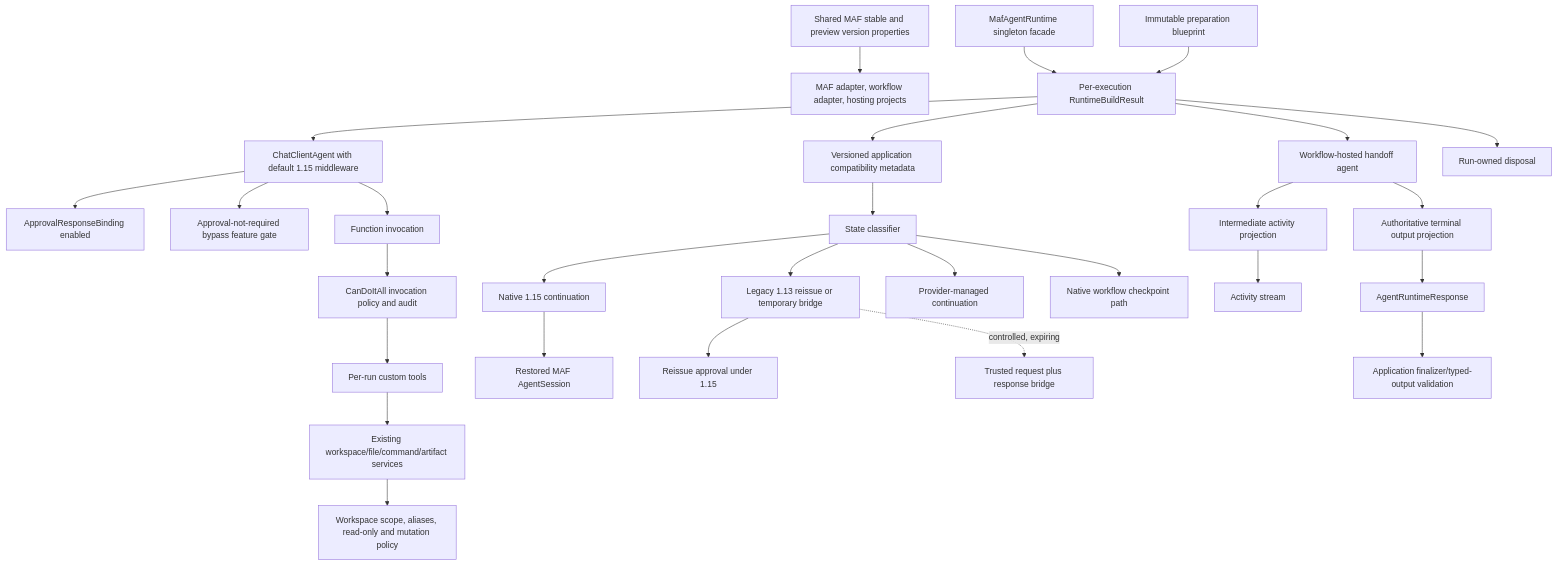
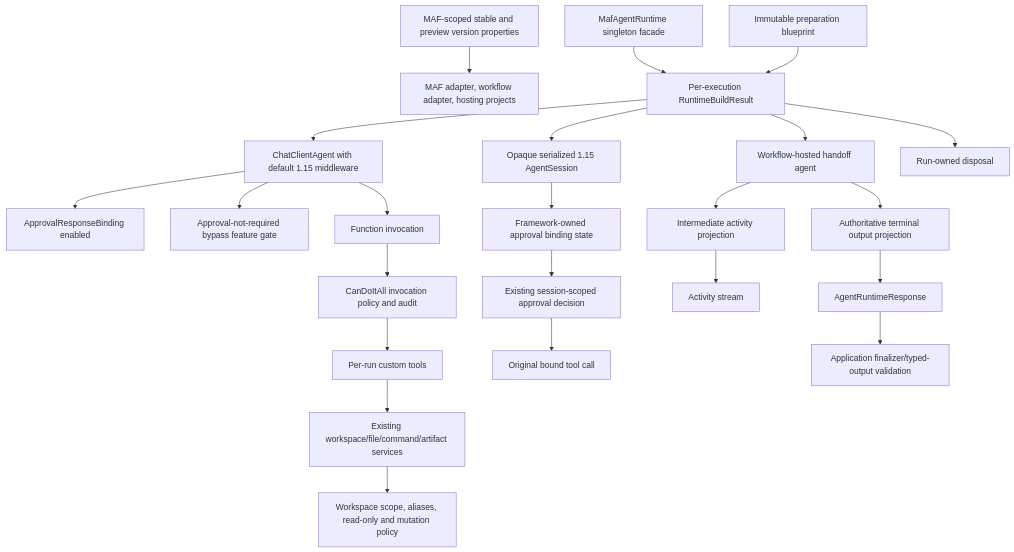
The diagram in codex/bundles/maf-1-15-upgrade-architecture/architecture/02-target-migration-architecture.md (fyziktom/CanDoItAll), drawn with Mermaid before and after one commit. The commit also changed other lines of this file and 145 other files, not shown here.

Commit message:
feat(maf): upgrade Microsoft Agent Framework to 1.15

````diff
--- a/codex/bundles/maf-1-15-upgrade-architecture/architecture/02-target-migration-architecture.md
+++ b/codex/bundles/maf-1-15-upgrade-architecture/architecture/02-target-migration-architecture.md
@@ -3,41 +3,35 @@
 ```mermaid
 flowchart TB
-    VersionProps[Shared MAF stable and preview version properties]
+    VersionProps[MAF-scoped stable and preview version properties]
     Projects[MAF adapter, workflow adapter, hosting projects]
     VersionProps --> Projects
 
     Facade[MafAgentRuntime singleton facade]
     Blueprint[Immutable preparation blueprint]
     Facade --> Build[Per-execution RuntimeBuildResult]
     Blueprint --> Build
 
     Build --> ChatAgent[ChatClientAgent with default 1.15 middleware]
     ChatAgent --> Binding[ApprovalResponseBinding enabled]
     ChatAgent --> Bypass[Approval-not-required bypass feature gate]
     ChatAgent --> FICC[Function invocation]
     FICC --> AppPolicy[CanDoItAll invocation policy and audit]
     AppPolicy --> Tools[Per-run custom tools]
 
-    Build --> SessionCompatibility[Versioned application compatibility metadata]
-    SessionCompatibility --> Classifier[State classifier]
-    Classifier --> Native115[Native 1.15 continuation]
-    Classifier --> Legacy113[Legacy 1.13 reissue or temporary bridge]
-    Classifier --> ProviderManaged[Provider-managed continuation]
-    Classifier --> WorkflowCheckpoint[Native workflow checkpoint path]
-
-    Native115 --> Session[Restored MAF AgentSession]
-    Legacy113 --> Reissue[Reissue approval under 1.15]
-    Legacy113 -. controlled, expiring .-> Bridge[Trusted request plus response bridge]
+    Build --> Session[Opaque serialized 1.15 AgentSession]
+    Session --> BindingState[Framework-owned approval binding state]
+    BindingState --> AtomicDecision[Existing session-scoped approval decision]
+    AtomicDecision --> ExactCall[Original bound tool call]
 
     Build --> Workflow[Workflow-hosted handoff agent]
     Workflow --> ActivityProjection[Intermediate activity projection]
     Workflow --> TerminalProjection[Authoritative terminal output projection]
     ActivityProjection --> UI[Activity stream]
     TerminalProjection --> Result[AgentRuntimeResponse]
     Result --> Finalizer[Application finalizer/typed-output validation]
 
     Tools --> Workspace[Existing workspace/file/command/artifact services]
     Workspace --> Scope[Workspace scope, aliases, read-only and mutation policy]
 
     Build --> Disposal[Run-owned disposal]
 ```
````
